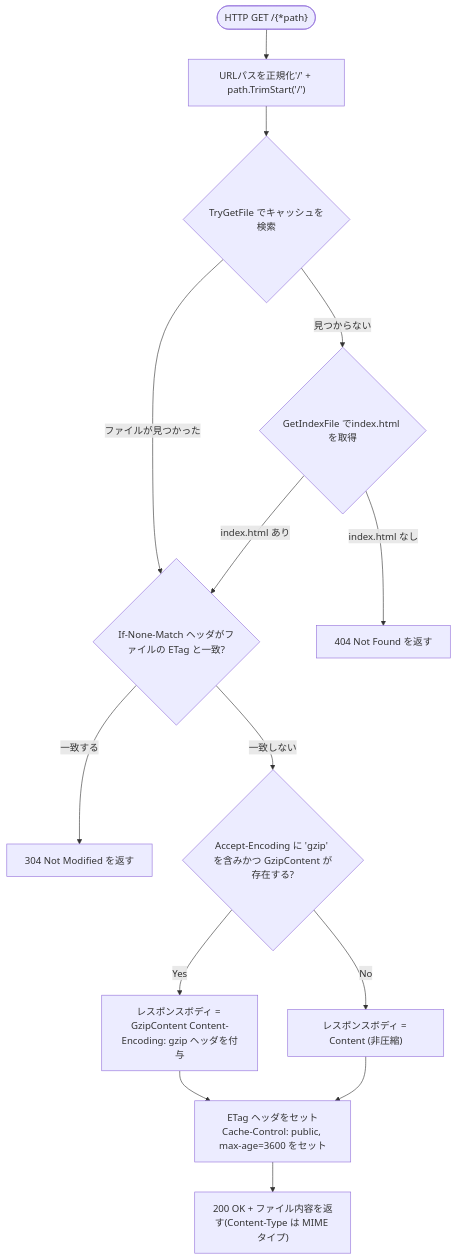
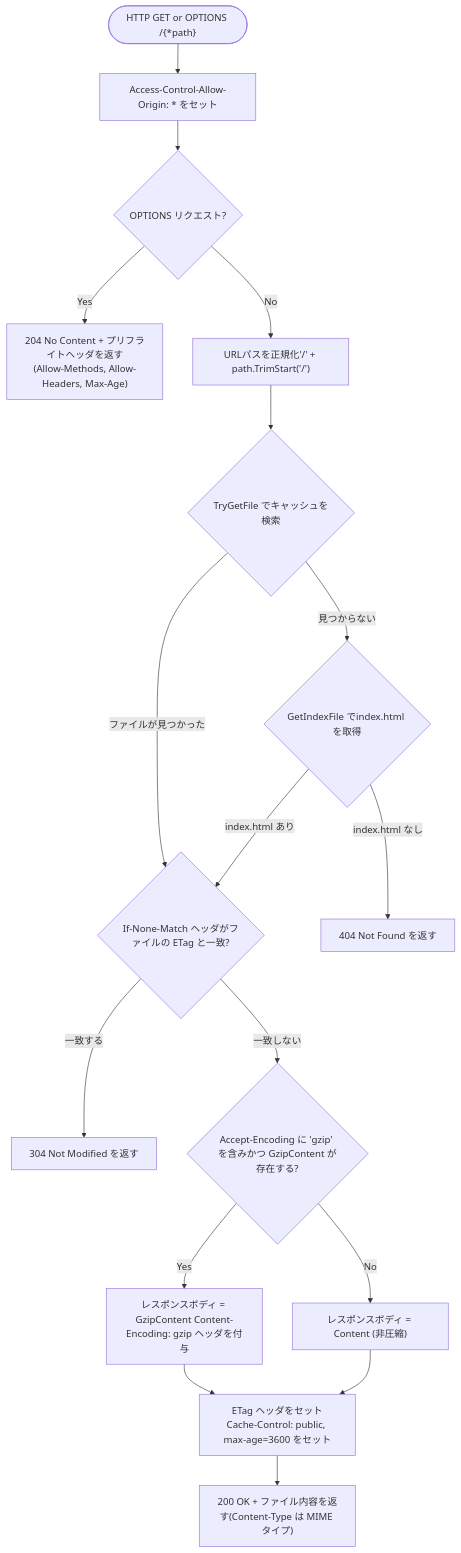
One commit to hato1979/StaticContentOnAzureFunctions changed the third of 3 diagrams in README.md. Above: the diagram before and after it, drawn with Mermaid. The commit also changed other lines of this file and 2 other files, not shown here.

````diff
--- a/README.md
+++ b/README.md
@@ -95,26 +95,31 @@
 ```mermaid
 flowchart TD
-    Req(["HTTP GET /{*path}"])
+    Req(["HTTP GET or OPTIONS /{*path}"])
+    SetCorsOrigin["Access-Control-Allow-Origin: * をセット"]
+    IsOptions{OPTIONS リクエスト?}
+    ReturnPreflight["204 No Content + プリフライトヘッダを返す\n(Allow-Methods, Allow-Headers, Max-Age)"]
     Norm["URLパスを正規化'/' + path.TrimStart('/')"]
     TryGet{TryGetFile でキャッシュを検索}
     GetIndex{GetIndexFile でindex.html を取得}
     Return404["404 Not Found を返す"]
     CheckETag{If-None-Match ヘッダがファイルの ETag と一致?}
     Return304["304 Not Modified を返す"]
     CheckGzip{Accept-Encoding に 'gzip' を含みかつ GzipContent が存在する?}
     ServeGzip["レスポンスボディ = GzipContent Content-Encoding: gzip ヘッダを付与"]
     ServeRaw["レスポンスボディ = Content (非圧縮)"]
     SetHeaders["ETag ヘッダをセットCache-Control: public, max-age=3600 をセット"]
     Return200["200 OK + ファイル内容を返す(Content-Type は MIME タイプ)"]
 
-    Req --> Norm --> TryGet
+    Req --> SetCorsOrigin --> IsOptions
+    IsOptions -- Yes --> ReturnPreflight
+    IsOptions -- No --> Norm --> TryGet
     TryGet -- ファイルが見つかった --> CheckETag
     TryGet -- 見つからない --> GetIndex
     GetIndex -- index.html あり --> CheckETag
     GetIndex -- index.html なし --> Return404
     CheckETag -- 一致する --> Return304
     CheckETag -- 一致しない --> CheckGzip
     CheckGzip -- Yes --> ServeGzip --> SetHeaders
     CheckGzip -- No --> ServeRaw --> SetHeaders
     SetHeaders --> Return200
 ```
````
